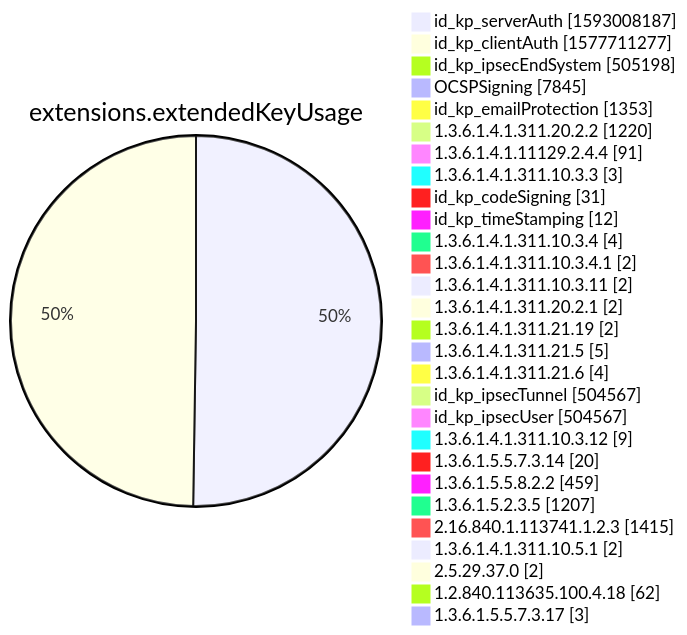
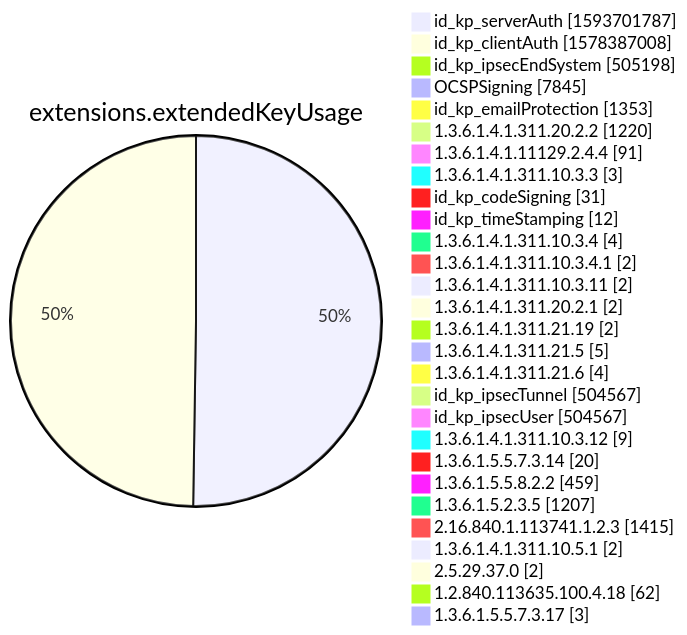
Before and after one commit to christiankrug/ctmonitor_visualization: diagram 12 of 15 in xenon2022/README.md, drawn with Mermaid. The commit also changed other lines of this file, not shown here.

````diff
--- a/xenon2022/README.md
+++ b/xenon2022/README.md
@@ -3885,32 +3885,32 @@
 ```mermaid
 pie showData
 title extensions.extendedKeyUsage
-"id_kp_serverAuth" :1593008187
-"id_kp_clientAuth" :1577711277
+"id_kp_serverAuth" :1593701787
+"id_kp_clientAuth" :1578387008
 "id_kp_ipsecEndSystem" :505198
 "OCSPSigning" :7845
 "id_kp_emailProtection" :1353
 "1.3.6.1.4.1.311.20.2.2" :1220
 "1.3.6.1.4.1.11129.2.4.4" :91
 "1.3.6.1.4.1.311.10.3.3" :3
 "id_kp_codeSigning" :31
 "id_kp_timeStamping" :12
 "1.3.6.1.4.1.311.10.3.4" :4
 "1.3.6.1.4.1.311.10.3.4.1" :2
 "1.3.6.1.4.1.311.10.3.11" :2
 "1.3.6.1.4.1.311.20.2.1" :2
 "1.3.6.1.4.1.311.21.19" :2
 "1.3.6.1.4.1.311.21.5" :5
 "1.3.6.1.4.1.311.21.6" :4
 "id_kp_ipsecTunnel" :504567
 "id_kp_ipsecUser" :504567
 "1.3.6.1.4.1.311.10.3.12" :9
 "1.3.6.1.5.5.7.3.14" :20
 "1.3.6.1.5.5.8.2.2" :459
 "1.3.6.1.5.2.3.5" :1207
 "2.16.840.1.113741.1.2.3" :1415
 "1.3.6.1.4.1.311.10.5.1" :2
 "2.5.29.37.0" :2
 "1.2.840.113635.100.4.18" :62
 "1.3.6.1.5.5.7.3.17" :3
 ```
````
